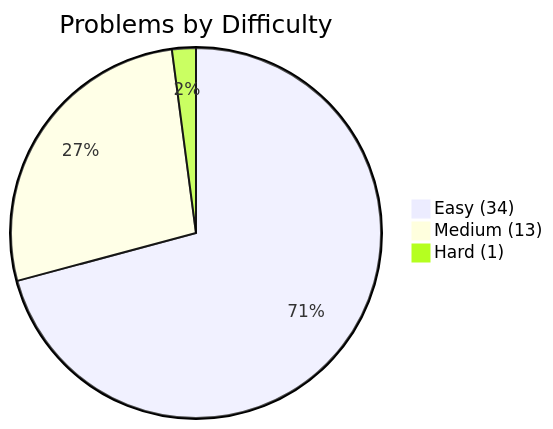
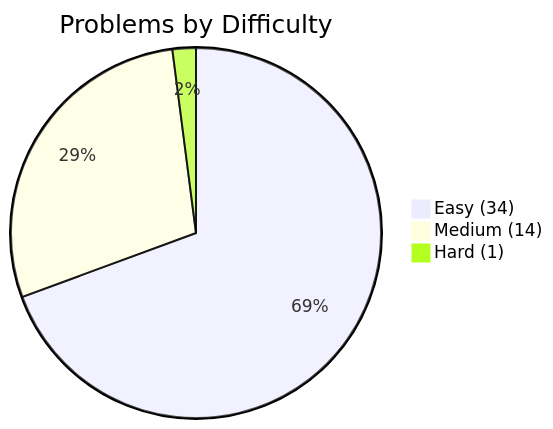
The first of 2 diagrams in PROGRESS.md (kanishk-procoder/leetcode-grind), drawn with Mermaid before and after one commit. The commit also changed other lines of this file and 4 other files, not shown here.

````diff
--- a/PROGRESS.md
+++ b/PROGRESS.md
@@ -5,6 +5,6 @@
 ```mermaid
 pie title Problems by Difficulty
     "Easy (34)" : 34
-    "Medium (13)" : 13
+    "Medium (14)" : 14
     "Hard (1)" : 1
 ```
````
